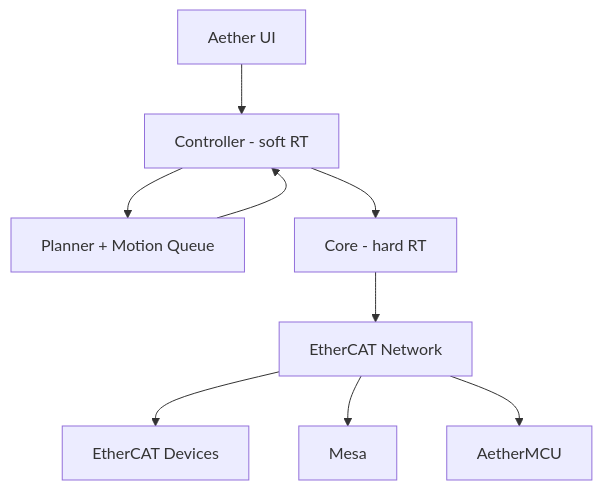
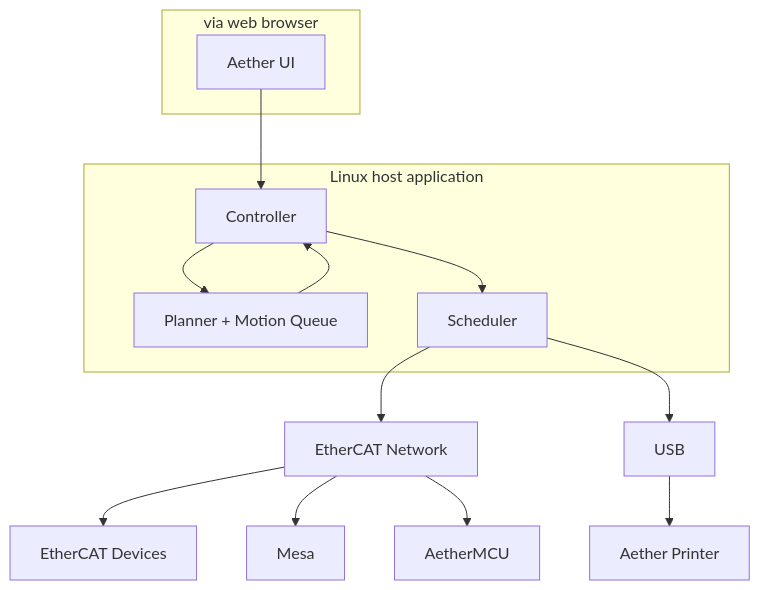
Before and after one commit to AetherWareFoundation/AetherWareFoundation.github.io: the diagram in content/docs/lib/index.mdx, drawn with Mermaid. The commit also changed other lines of this file and 2 other files, not shown here.

Commit message:
more improvements

````diff
--- a/content/docs/lib/index.mdx
+++ b/content/docs/lib/index.mdx
@@ -89,11 +92,24 @@
 ```mermaid
 flowchart TD
-  UI[Aether UI] --> CTRL[Controller - soft RT]
-  CTRL --> PLAN[Planner + Motion Queue]
-  PLAN --> CTRL
-  CTRL --> CORE[Core - hard RT]
-  CORE --> EC[EtherCAT Network]
+  subgraph ui [via web browser]
+    UI[Aether UI]
+  end
+
+  subgraph core [Linux host application]
+    CTRL[Controller]
+    PLAN[Planner + Motion Queue]
+    SCHED[Scheduler]
+
+    UI --> CTRL
+    CTRL --> PLAN
+    PLAN --> CTRL
+    CTRL --> SCHED
+  end
+
+  SCHED --> EC[EtherCAT Network]
+  SCHED --> USB[USB]
   EC --> ETHERCAT_DEV[EtherCAT Devices]
   EC --> MESA[Mesa]
-  EC --> AETHERMCU[AetherMCU]
+  EC --> AETHERMCU_ETH[AetherMCU]
+  USB --> AETHERMCU_USB[Aether Printer]
 ```
````
